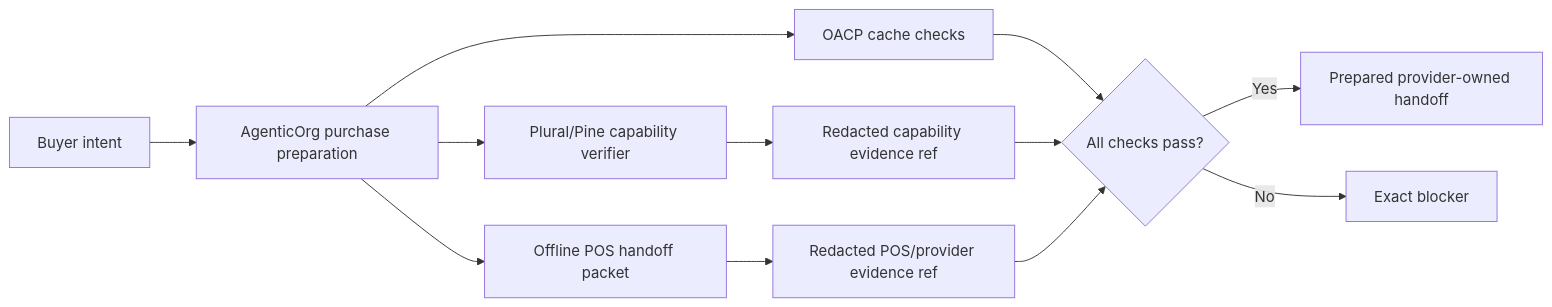
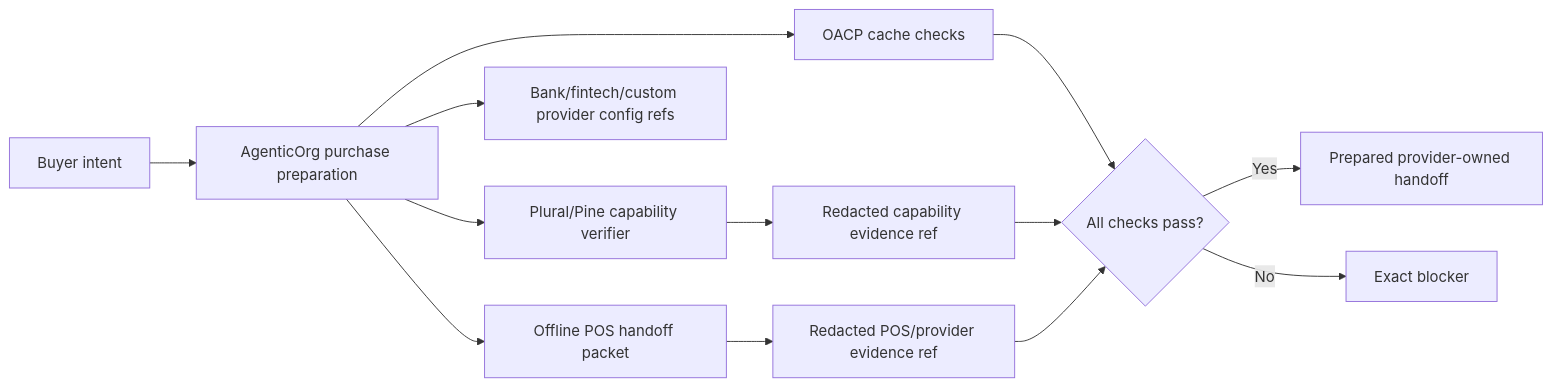
Before and after one commit to mishrasanjeev/grantex: the diagram in docs/guides/oacp/provider-payment-boundary.mdx, drawn with Mermaid. The commit also changed other lines of this file and 14 other files, not shown here.

````diff
--- a/docs/guides/oacp/provider-payment-boundary.mdx
+++ b/docs/guides/oacp/provider-payment-boundary.mdx
@@ -12,14 +12,15 @@
 ```mermaid
 flowchart LR
   buyer[Buyer intent] --> agentic[AgenticOrg purchase preparation]
   agentic --> cache[OACP cache checks]
   agentic --> verifier[Plural/Pine capability verifier]
+  agentic --> bank[Bank/fintech/custom provider config refs]
   agentic --> pos[Offline POS handoff packet]
   verifier --> ref[Redacted capability evidence ref]
   pos --> posref[Redacted POS/provider evidence ref]
   cache --> result{All checks pass?}
   ref --> result
   posref --> result
   result -->|Yes| prepared[Prepared provider-owned handoff]
   result -->|No| blocker[Exact blocker]
 ```
````
